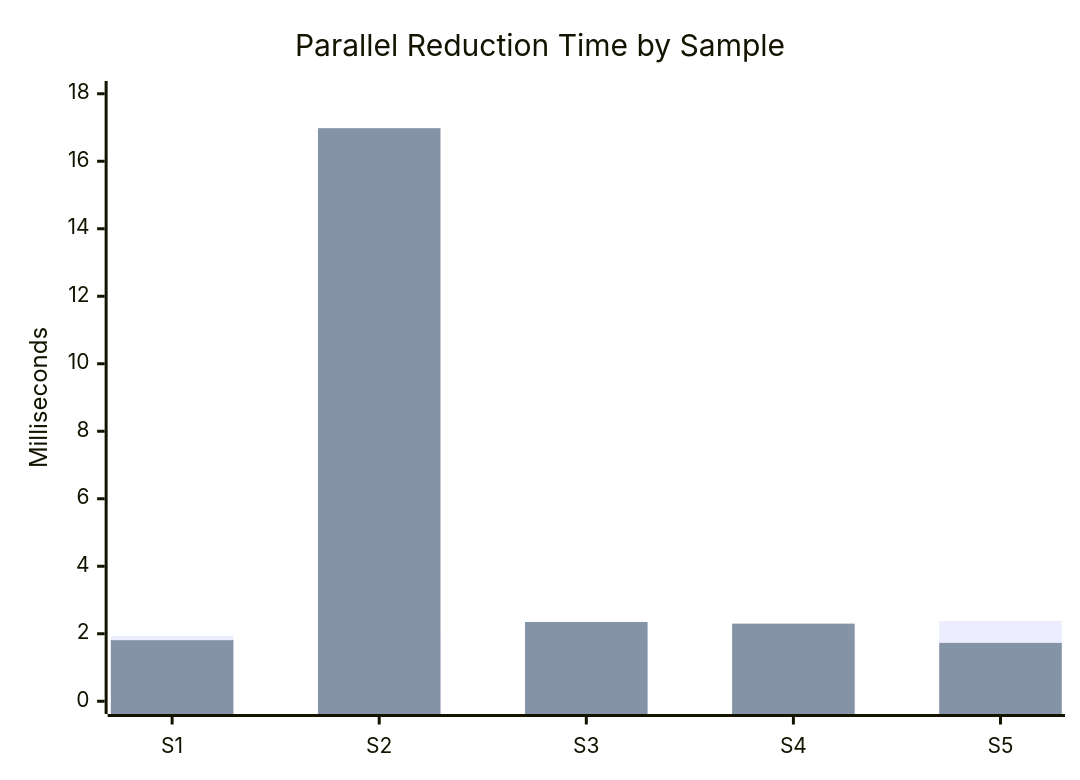
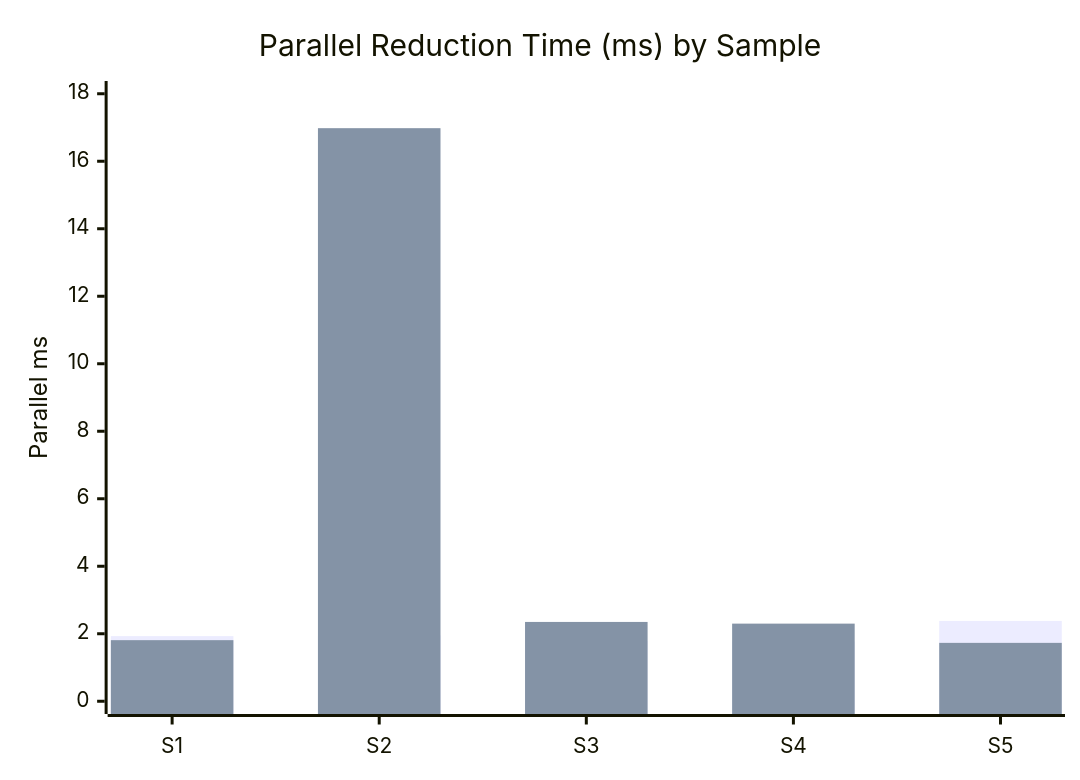
One commit to Jesssullivan/jesssullivan.github.io changed the fifth of 5 diagrams in src/posts/2026-04-25-reproducible-host-probes-nix-chapel-dhall.md. Above: the diagram before and after it, drawn with Mermaid. The commit also changed other lines of this file, not shown here.

````diff
--- a/src/posts/2026-04-25-reproducible-host-probes-nix-chapel-dhall.md
+++ b/src/posts/2026-04-25-reproducible-host-probes-nix-chapel-dhall.md
@@ -181,8 +320,8 @@
 ```mermaid
 xychart-beta
-  title "Parallel Reduction Time by Sample"
+  title "Parallel Reduction Time (ms) by Sample"
   x-axis ["S1", "S2", "S3", "S4", "S5"]
-  y-axis "Milliseconds" 0 --> 18
+  y-axis "Parallel ms" 0 --> 18
   bar "Generic" [1.93, 1.95, 1.78, 1.77, 2.38]
   bar "RT" [1.81, 16.98, 2.35, 2.30, 1.73]
 ```
````
